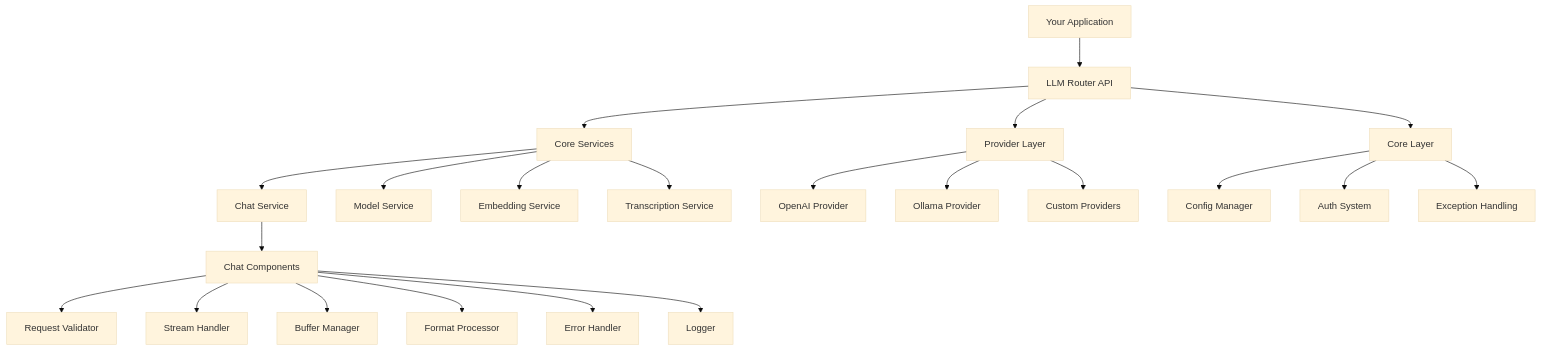
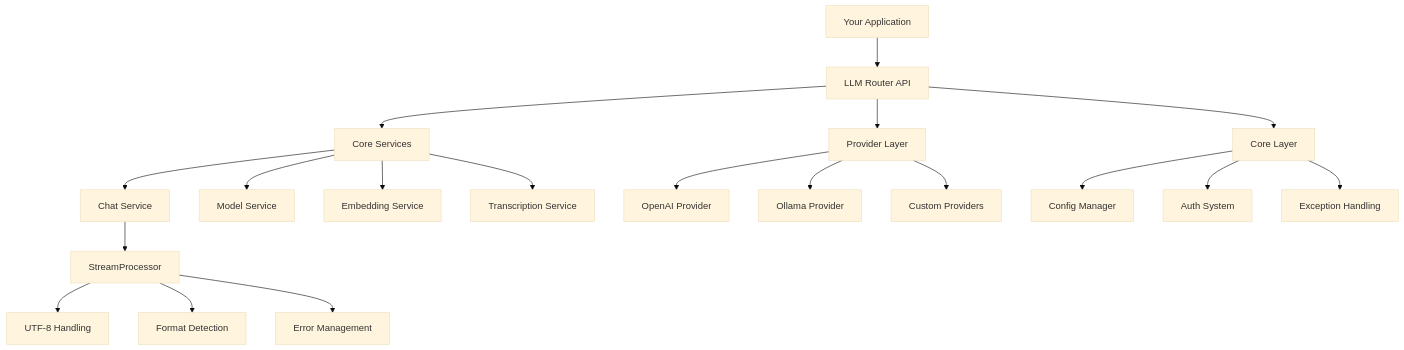
One commit to kreolsky/llm-router-api changed the diagram in README.md. Above: the diagram before and after it, drawn with Mermaid (base theme). The commit also changed other lines of this file and 22 other files, not shown here.

First line of the commit message:
refactor(chat_service): Simplify streaming architecture and fix tabby provider support

````diff
--- a/README.md
+++ b/README.md
@@ -37,27 +37,24 @@
 ```mermaid
 graph TD
     A[Your Application] --> B[LLM Router API];
     B --> C[Core Services];
     C --> D[Chat Service];
     C --> E[Model Service];
     C --> F[Embedding Service];
     C --> G[Transcription Service];
     
-    D --> H[Chat Components];
-    H --> I[Request Validator];
-    H --> J[Stream Handler];
-    H --> K[Buffer Manager];
-    H --> L[Format Processor];
-    H --> M[Error Handler];
-    H --> N[Logger];
+    D --> H[StreamProcessor];
+    H --> I[UTF-8 Handling];
+    H --> J[Format Detection];
+    H --> K[Error Management];
     
     B --> O[Provider Layer];
     O --> P[OpenAI Provider];
     O --> Q[Ollama Provider];
     O --> R[Custom Providers];
     
     B --> S[Core Layer];
     S --> T[Config Manager];
     S --> U[Auth System];
     S --> V[Exception Handling];
 ```
````
